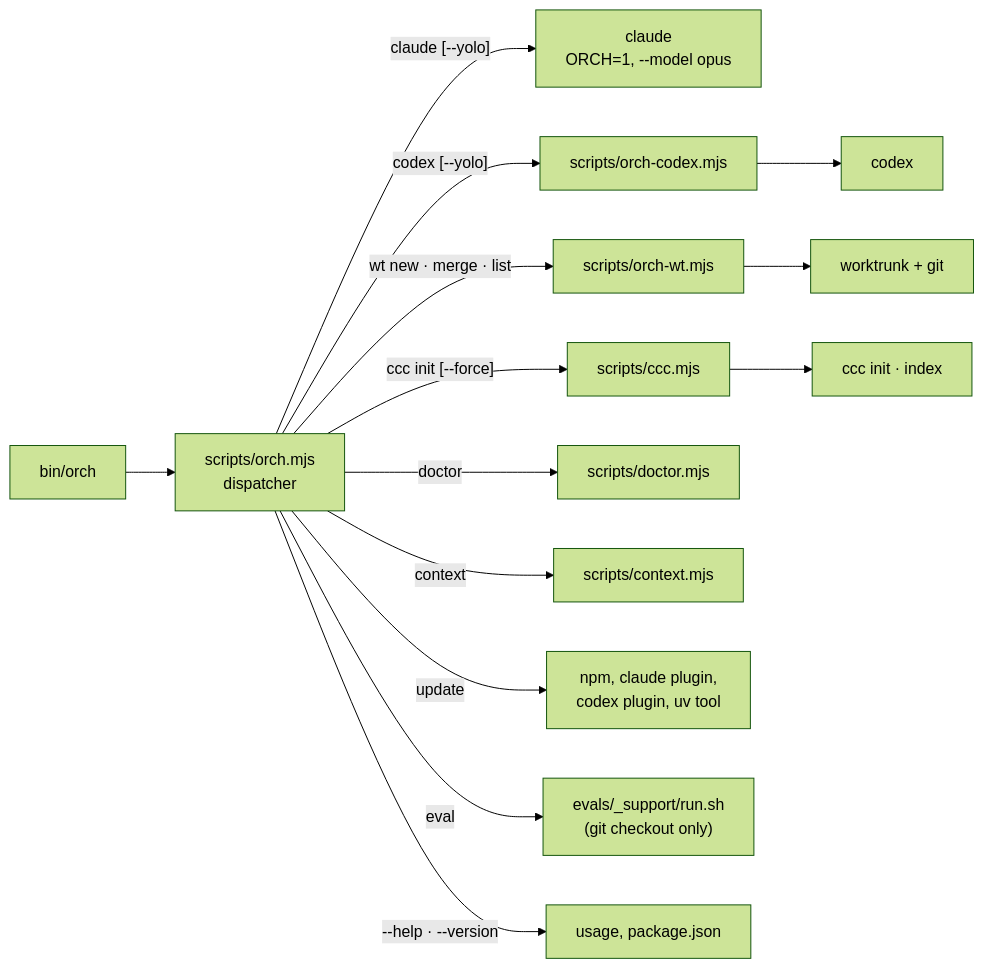
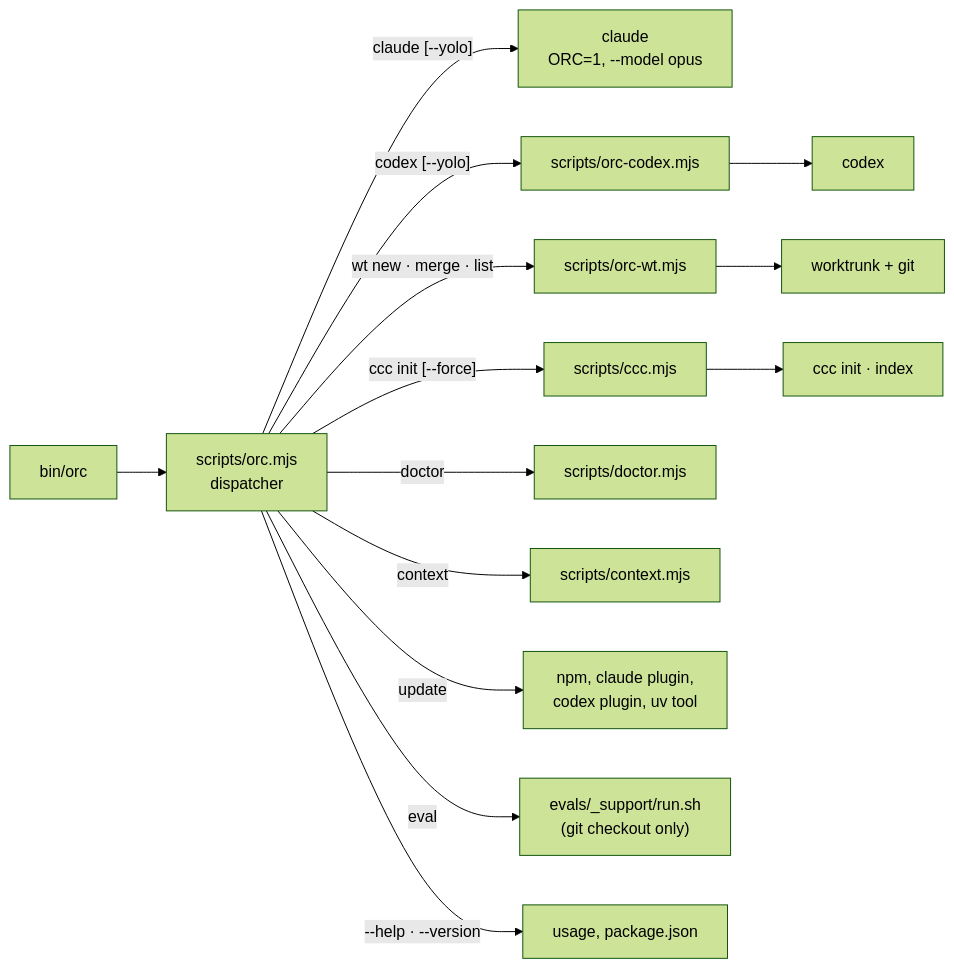
Before and after one commit to crafts69guy/orchestra: the fifth of 9 diagrams in docs/ARCHITECTURE.md, drawn with Mermaid (forest theme). The commit also changed other lines of this file and 65 other files, not shown here.

First line of the commit message:
feat!: rename orch to orc (v0.12.0)

````diff
--- a/docs/ARCHITECTURE.md
+++ b/docs/ARCHITECTURE.md
@@ -173,13 +173,13 @@
 ```mermaid
 flowchart LR
-  bin["bin/orch"] --> disp["scripts/orch.mjs<br/>dispatcher"]
-  disp -->|"claude [--yolo]"| claude["claude<br/>ORCH=1, --model opus"]
-  disp -->|"codex [--yolo]"| ocx["scripts/orch-codex.mjs"] --> codex["codex"]
-  disp -->|"wt new · merge · list"| owt["scripts/orch-wt.mjs"] --> wt["worktrunk + git"]
+  bin["bin/orc"] --> disp["scripts/orc.mjs<br/>dispatcher"]
+  disp -->|"claude [--yolo]"| claude["claude<br/>ORC=1, --model opus"]
+  disp -->|"codex [--yolo]"| ocx["scripts/orc-codex.mjs"] --> codex["codex"]
+  disp -->|"wt new · merge · list"| owt["scripts/orc-wt.mjs"] --> wt["worktrunk + git"]
   disp -->|"ccc init [--force]"| occ["scripts/ccc.mjs"] --> ccc["ccc init · index"]
   disp -->|"doctor"| doc["scripts/doctor.mjs"]
   disp -->|"context"| ctx["scripts/context.mjs"]
   disp -->|"update"| upd["npm, claude plugin,<br/>codex plugin, uv tool"]
   disp -->|"eval"| ev["evals/_support/run.sh<br/>(git checkout only)"]
   disp -->|"--help · --version"| pkg["usage, package.json"]
 ```
````
